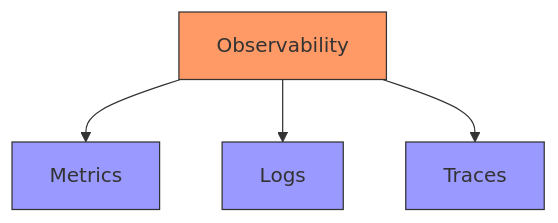
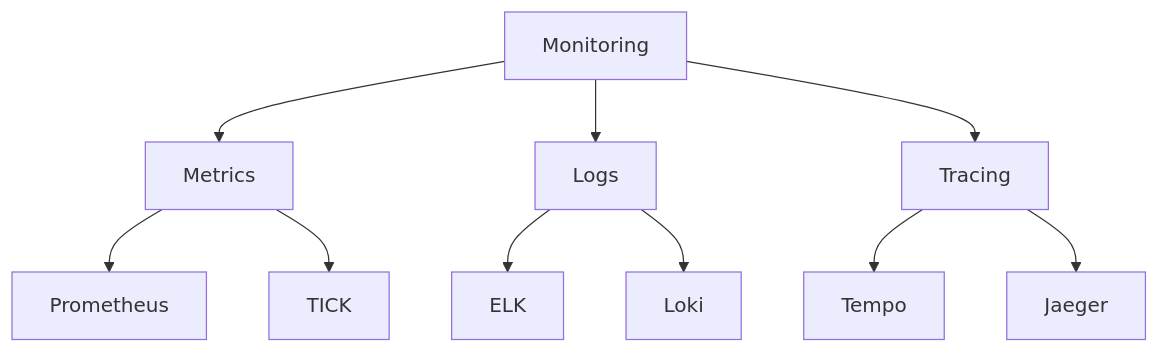
One commit to mariatesttalvik/monitoring changed the first of 7 diagrams in docs/materials/lectures/Prometheus/intro-to-prometheus.md. Above: the diagram before and after it, drawn with Mermaid. The commit also changed other lines of this file and 63 other files, not shown here.

Commit message:
mermaid fix

````diff
--- a/docs/materials/lectures/Prometheus/intro-to-prometheus.md
+++ b/docs/materials/lectures/Prometheus/intro-to-prometheus.md
@@ -15,10 +15,15 @@
-```mermaid
+<div class="mermaid">
 graph TD
-    A[Observability] --> B[Metrics]
+    A[Monitoring] --> B[Metrics]
     A --> C[Logs]
-    A --> D[Traces]
-    style A fill:#f96,stroke:#333
-    style B fill:#99f,stroke:#333
-    style C fill:#99f,stroke:#333
-    style D fill:#99f,stroke:#333
-```
+    A --> D[Tracing]
+    
+    B --> B1[Prometheus]
+    B --> B2[TICK]
+    
+    C --> C1[ELK]
+    C --> C2[Loki]
+    
+    D --> D1[Tempo]
+    D --> D2[Jaeger]
+</div>
````
